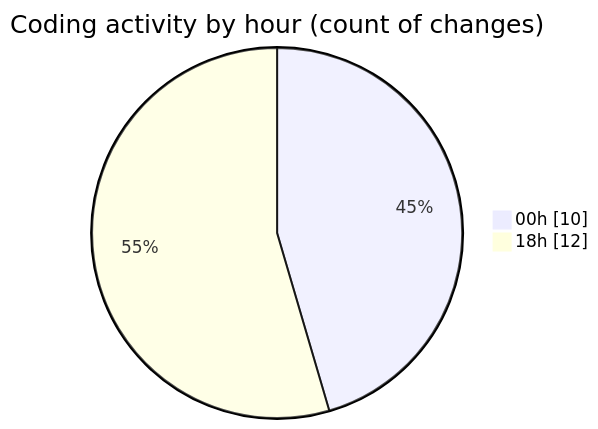
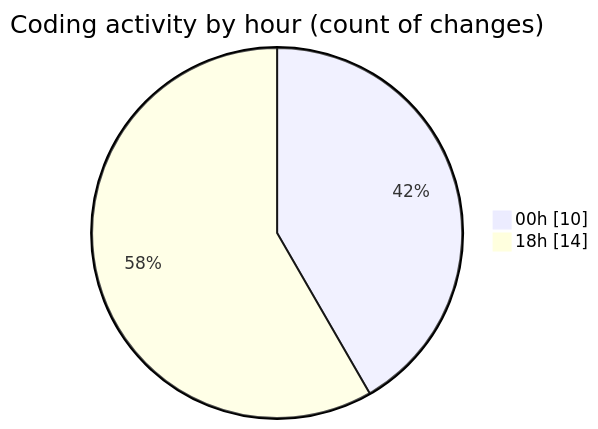
Before and after one commit to NitaiMahat/code-tracking: the second of 2 diagrams in 2025-05-27/minisocialnetwork/README.md, drawn with Mermaid. The commit also changed other lines of this file and 1 other file, not shown here.

````diff
--- a/2025-05-27/minisocialnetwork/README.md
+++ b/2025-05-27/minisocialnetwork/README.md
@@ -39,6 +39,6 @@
 ```mermaid
 pie showData
 title Coding activity by hour (count of changes)
 "00h" : 10
-"18h" : 12
+"18h" : 14
 ```
````
